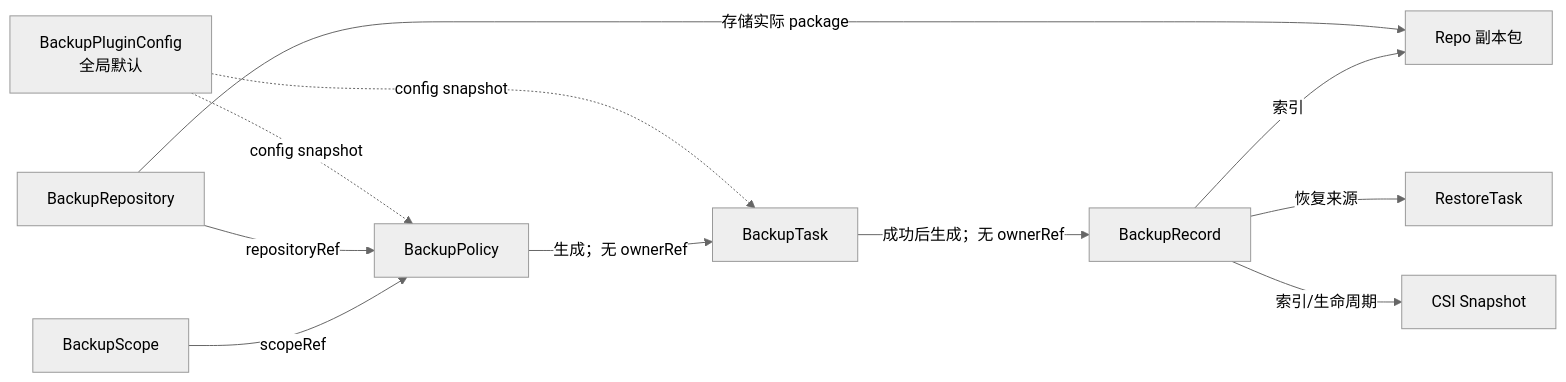
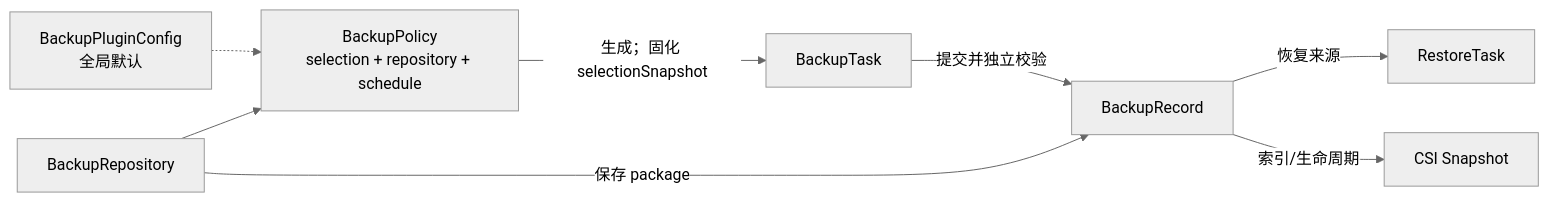
Before and after one commit to 544129603/backup-restore: the diagram in docs/backup-restore/03-CRD对象设计.md, drawn with Mermaid (neutral theme). The commit also changed other lines of this file and 11 other files, not shown here.

````diff
--- a/docs/backup-restore/03-CRD对象设计.md
+++ b/docs/backup-restore/03-CRD对象设计.md
@@ -738,13 +22,10 @@
 ```mermaid
 flowchart LR
-  C["BackupPluginConfig\n全局默认"] -. config snapshot .-> P["BackupPolicy"]
-  C -. config snapshot .-> BT["BackupTask"]
-  R["BackupRepository"] -->|"repositoryRef"| P
-  S["BackupScope"] -->|"scopeRef"| P
-  P -->|"生成；无 ownerRef"| BT
-  BT -->|"成功后生成；无 ownerRef"| BR["BackupRecord"]
-  R -->|"存储实际 package"| PKG["Repo 副本包"]
-  BR -->|"索引"| PKG
-  BR -->|"恢复来源"| RT["RestoreTask"]
-  BR -->|"索引/生命周期"| VS["CSI Snapshot"]
+  C["BackupPluginConfig\n全局默认"] -.-> P["BackupPolicy\nselection + repository + schedule"]
+  R["BackupRepository"] --> P
+  P -->|"生成；固化 selectionSnapshot"| T["BackupTask"]
+  T -->|"提交并独立校验"| B["BackupRecord"]
+  R -->|"保存 package"| B
+  B -->|"恢复来源"| RT["RestoreTask"]
+  B -->|"索引/生命周期"| VS["CSI Snapshot"]
 ```
````
